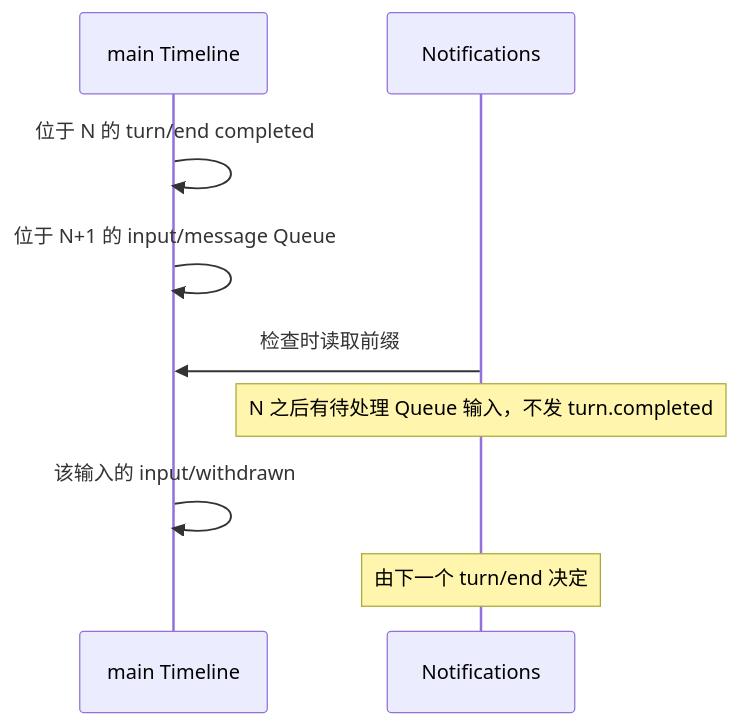
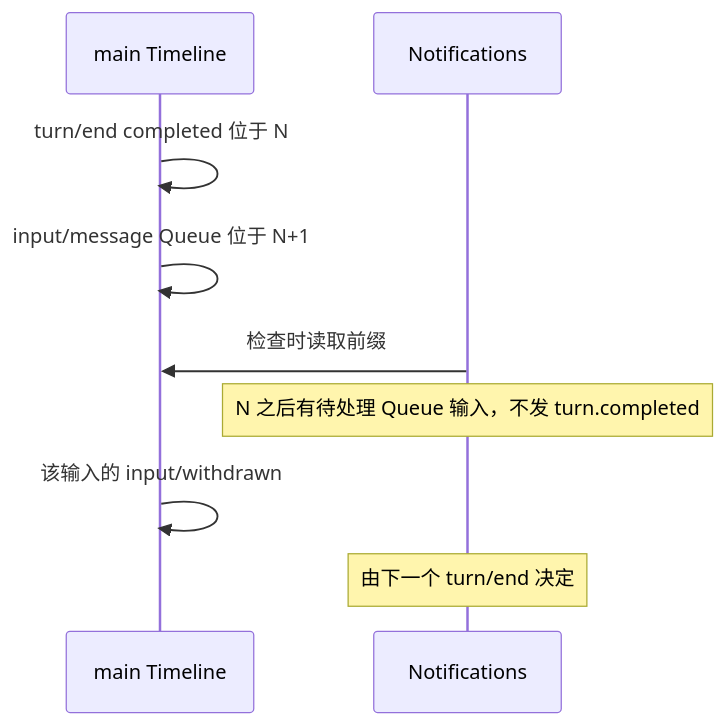
Before and after one commit to CoutinhoTTS/dim-agent: the sixth of 6 diagrams in docs/zh/design/plugins/Notifications.md, drawn with Mermaid. The commit also changed other lines of this file and 18 other files, not shown here.

````diff
--- a/docs/zh/design/plugins/Notifications.md
+++ b/docs/zh/design/plugins/Notifications.md
@@ -132,11 +132,11 @@
 ```mermaid
 sequenceDiagram
   participant TL as main Timeline
   participant NP as Notifications
-  TL->>TL: 位于 N 的 turn/end completed
-  TL->>TL: 位于 N+1 的 input/message Queue
+  TL->>TL: turn/end completed 位于 N
+  TL->>TL: input/message Queue 位于 N+1
   NP->>TL: 检查时读取前缀
   Note over NP: N 之后有待处理 Queue 输入，不发 turn.completed
   TL->>TL: 该输入的 input/withdrawn
   Note over NP: 由下一个 turn/end 决定
 ```
````
